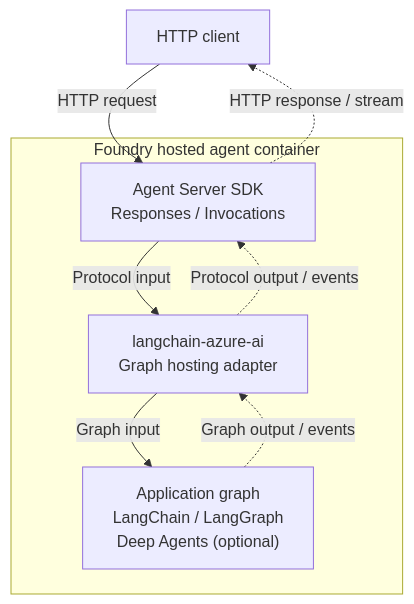
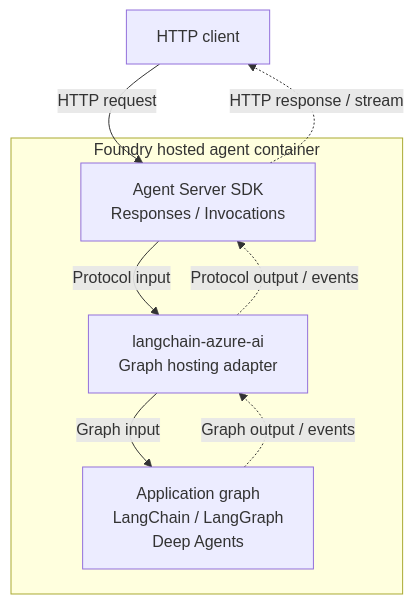
The third of 4 diagrams in libs/azure-ai/docs/architecture.md (herohua/langchain-azure), drawn with Mermaid before and after one commit. The commit also changed other lines of this file, not shown here.

````diff
--- a/libs/azure-ai/docs/architecture.md
+++ b/libs/azure-ai/docs/architecture.md
@@ -131,15 +132,15 @@
 ```mermaid
 flowchart TB
     caller["HTTP client"]
     subgraph hosting["Foundry hosted agent container"]
         server["Agent Server SDK<br/>Responses / Invocations"]
         adapter["langchain-azure-ai<br/>Graph hosting adapter"]
-        workflow["Application graph<br/>LangChain / LangGraph<br/>Deep Agents (optional)"]
+        workflow["Application graph<br/>LangChain / LangGraph<br/>Deep Agents"]
         server -->|Protocol input| adapter
         adapter -->|Graph input| workflow
         workflow -.->|Graph output / events| adapter
         adapter -.->|Protocol output / events| server
     end
     caller -->|HTTP request| server
     server -.->|HTTP response / stream| caller
 ```
````
